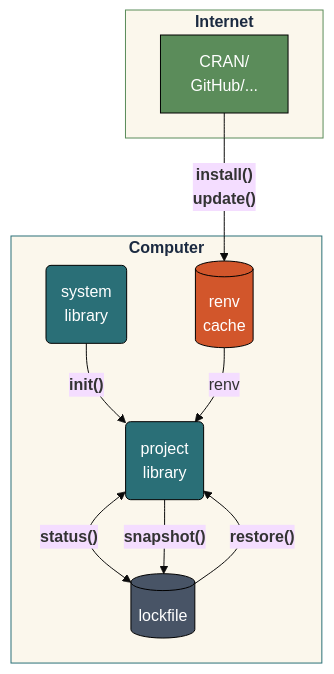
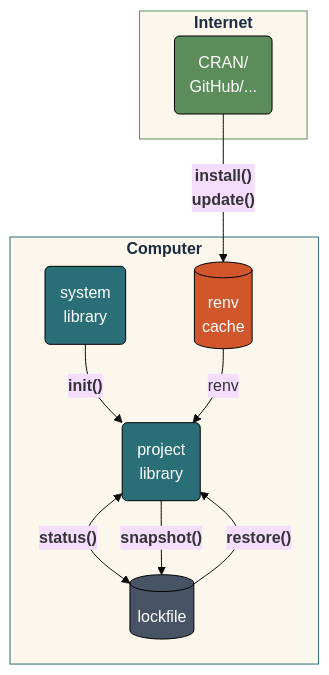
The first of 2 diagrams in lab01.qmd (mjfrigaard/do4ds-labs), drawn with Mermaid before and after one commit. The commit also changed other lines of this file and 3 other files, not shown here.

````diff
--- a/lab01.qmd
+++ b/lab01.qmd
@@ -173,49 +180,49 @@
 ```{mermaid}
 %%| fig-cap: 'renv'
 %%| fig-align: 'center'
 %%{init: {'theme': 'base', 'themeVariables': {'fontFamily': 'monospace'}}}%%
 
 flowchart TD
     %% External sources
-    CRAN["CRAN/<br>GitHub/..."]
+    CRAN("CRAN/<br>GitHub/...")
     
     %% Local components
     SysLib("system<br>library")
     ProjLib("project<br>library")
     RenvCache[("renv<br>cache")]
     Lockfile[("lockfile")]
     
     %% Subgraph for "your computer" vs "the internet"
     subgraph Internet ["<strong>Internet</strong>"]
         CRAN
     end
     
     subgraph Computer ["<strong>Computer</strong>"]
         SysLib
         ProjLib
         RenvCache
         Lockfile
     end
     
     %% Connections with function labels
     SysLib -->|"<strong>init()<strong>"| ProjLib
     
     CRAN -->|"<strong>install()</strong><br><strong>update()</strong>"| RenvCache
     RenvCache -->|"renv"| ProjLib
     
     ProjLib <-->|"<strong>status()</strong>"| Lockfile
     ProjLib -->|"<strong>snapshot()</strong>"| Lockfile
     Lockfile -->|"<strong>restore()</strong>"| ProjLib
     
     %% styling
     %% classDef default fill:#F2E6C2,stroke:#2A6F77,color:#1B2A41
     style CRAN fill:#5B8C5A,stroke:#000000,stroke-width:1px,color:#ffffff
     style SysLib fill:#2A6F77,stroke:#000000,stroke-width:1px,color:#ffffff
     style RenvCache fill:#D2562B,stroke:#000000,stroke-width:1px,color:#ffffff
     style ProjLib fill:#2A6F77,stroke:#000000,stroke-width:1px,color:#ffffff
     style Lockfile fill:#485466,stroke:#000000,stroke-width:1px,color:#ffffff
     style Internet fill:#fbf7ec,stroke:#5B8C5A,color:#1B2A41
     style Computer fill:#fbf7ec,stroke:#2A6F77,color:#1B2A41
     
     
 ```
````
